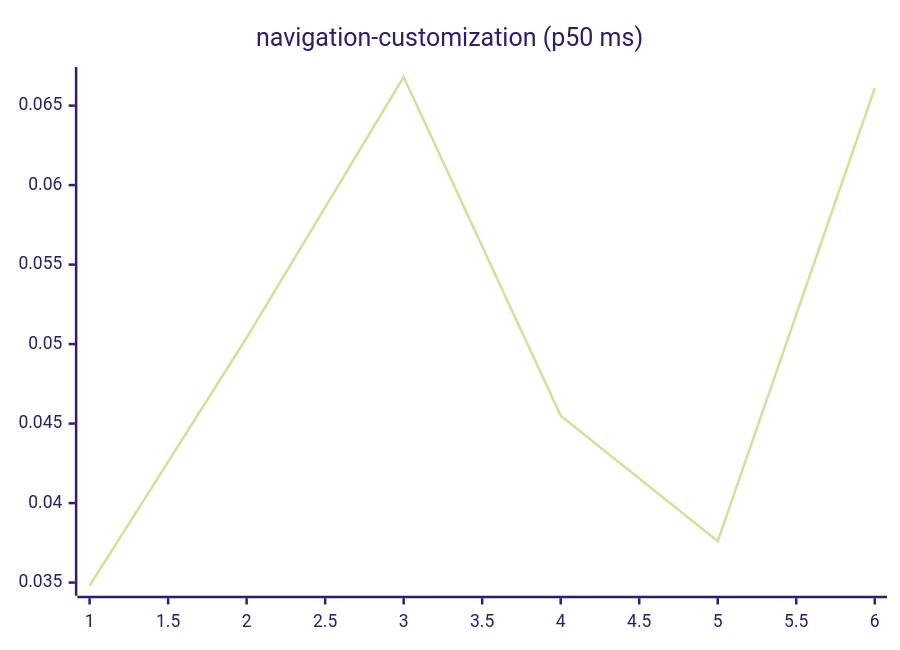
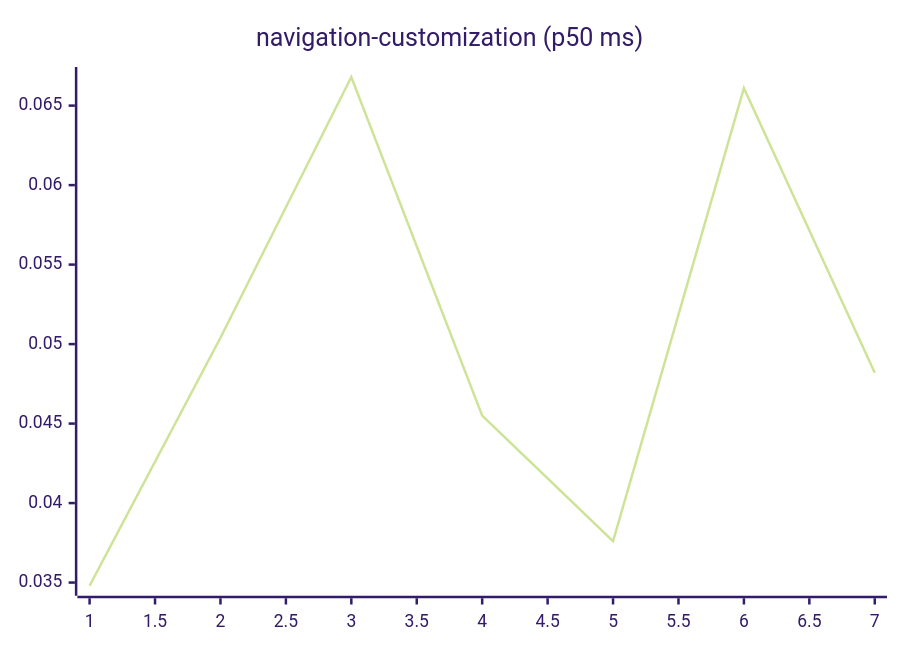
Before and after one commit to josha/Facet: diagram 15 of 27 in README.md, drawn with Mermaid (forest theme). The commit also changed other lines of this file and 2 other files, not shown here.

````diff
--- a/README.md
+++ b/README.md
@@ -161,6 +161,6 @@
 ```mermaid
 xychart-beta
     title "navigation-customization (p50 ms)"
-    x-axis 1 --> 6
-    line [0.0348, 0.0504, 0.0668, 0.0455, 0.0376, 0.0661]
+    x-axis 1 --> 7
+    line [0.0348, 0.0504, 0.0668, 0.0455, 0.0376, 0.0661, 0.0482]
 ```
````
